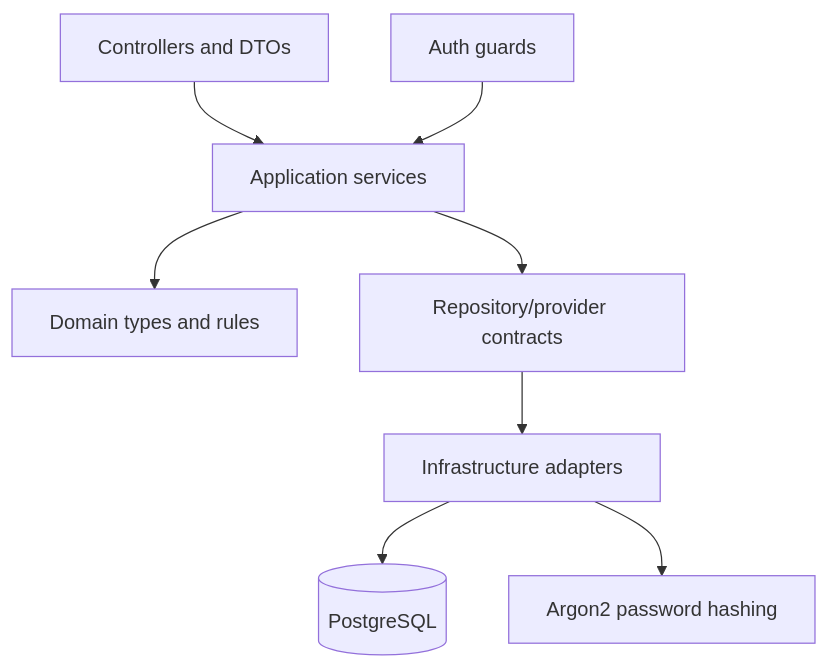
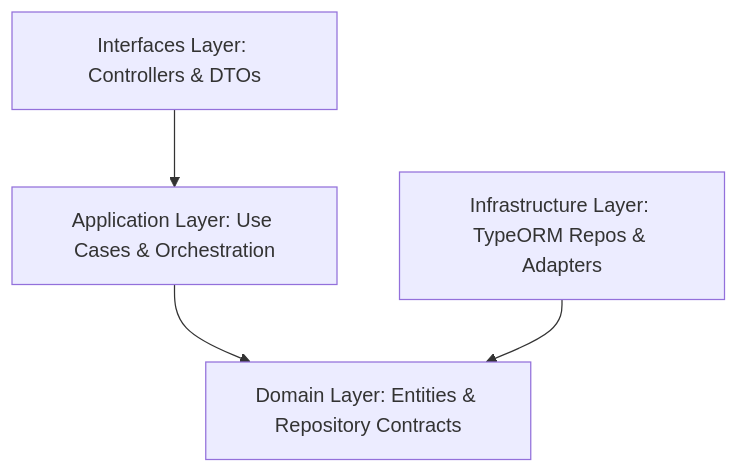
Before and after one commit to vuminhkhoi1802/linkZ-seat-reservation: the diagram in README.md, drawn with Mermaid. The commit also changed other lines of this file and 53 other files, not shown here.

````diff
--- a/README.md
+++ b/README.md
@@ -187,10 +25,6 @@
 ```mermaid
-flowchart TB
-  Controllers[Controllers and DTOs] --> App[Application services]
-  Guards[Auth guards] --> App
-  App --> Domain[Domain types and rules]
-  App --> Ports[Repository/provider contracts]
-  Ports --> Infra[Infrastructure adapters]
-  Infra --> Postgres[(PostgreSQL)]
-  Infra --> Argon2[Argon2 password hashing]
+flowchart TD
+  Interfaces[Interfaces Layer: Controllers & DTOs] --> Application[Application Layer: Use Cases & Orchestration]
+  Application --> Domain[Domain Layer: Entities & Repository Contracts]
+  Infrastructure[Infrastructure Layer: TypeORM Repos & Adapters] --> Domain
 ```
````
